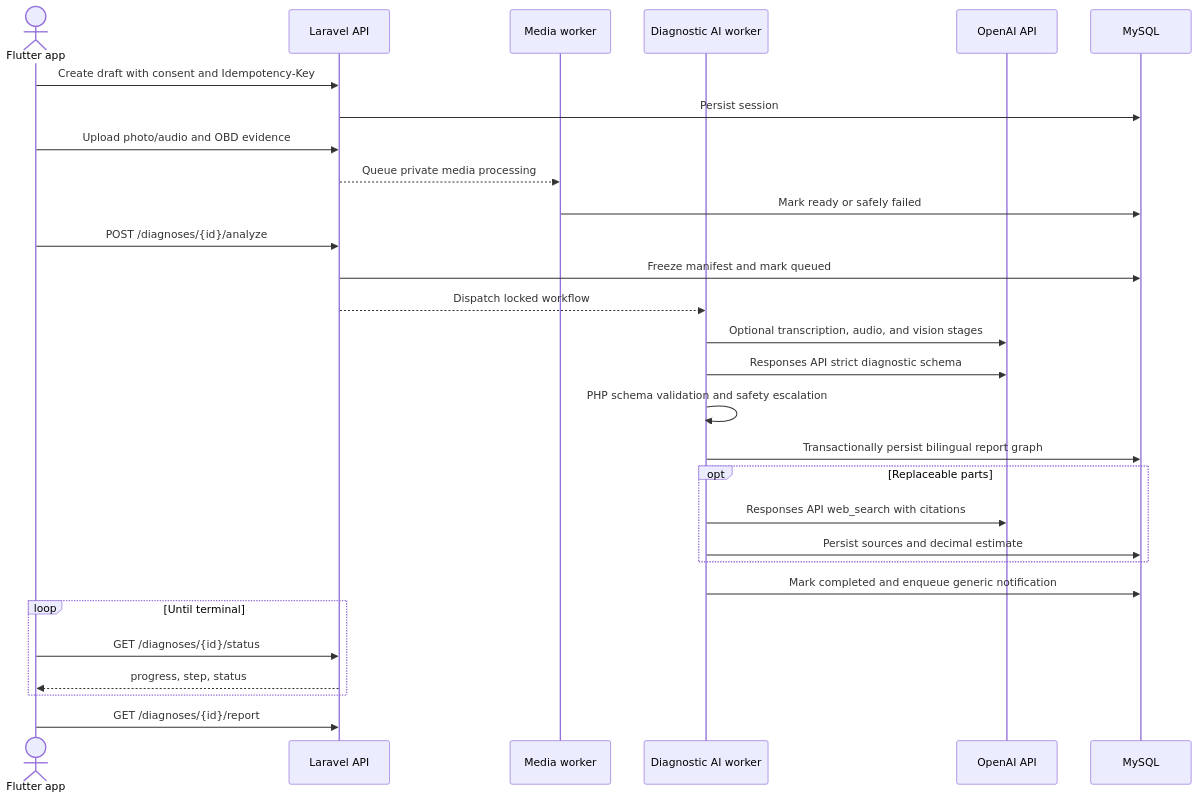
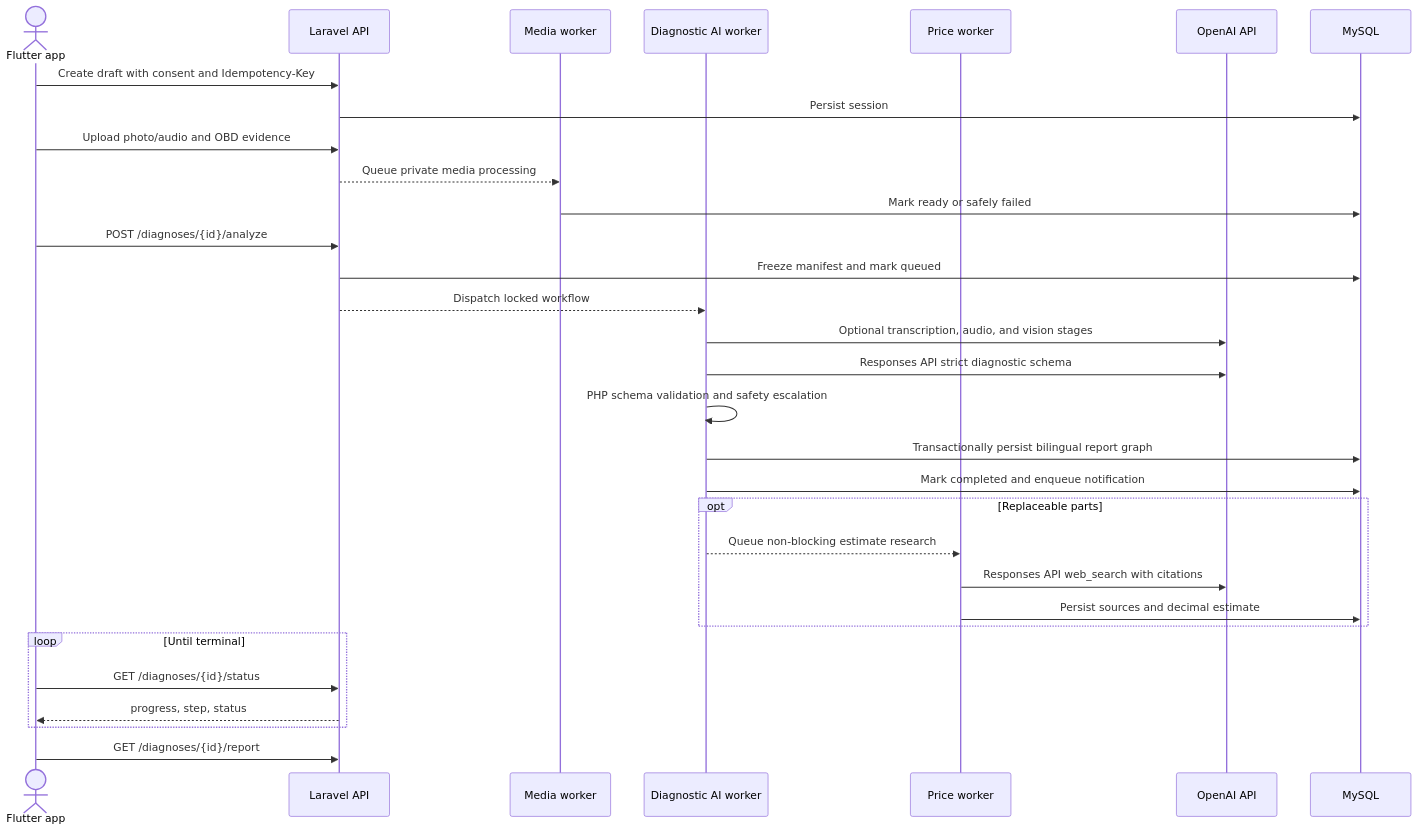
The second of 2 diagrams in docs/architecture.md (amirmohamed12195-hub/automind_backend), drawn with Mermaid before and after one commit. The commit also changed other lines of this file and 27 other files, not shown here.

````diff
--- a/docs/architecture.md
+++ b/docs/architecture.md
@@ -54,31 +54,33 @@
 ```mermaid
 sequenceDiagram
     actor App as Flutter app
     participant API as Laravel API
     participant Media as Media worker
     participant AI as Diagnostic AI worker
+    participant Price as Price worker
     participant OA as OpenAI API
     participant DB as MySQL
     App->>API: Create draft with consent and Idempotency-Key
     API->>DB: Persist session
     App->>API: Upload photo/audio and OBD evidence
     API-->>Media: Queue private media processing
     Media->>DB: Mark ready or safely failed
     App->>API: POST /diagnoses/{id}/analyze
     API->>DB: Freeze manifest and mark queued
     API-->>AI: Dispatch locked workflow
     AI->>OA: Optional transcription, audio, and vision stages
     AI->>OA: Responses API strict diagnostic schema
     AI->>AI: PHP schema validation and safety escalation
     AI->>DB: Transactionally persist bilingual report graph
+    AI->>DB: Mark completed and enqueue notification
     opt Replaceable parts
-        AI->>OA: Responses API web_search with citations
-        AI->>DB: Persist sources and decimal estimate
+        AI-->>Price: Queue non-blocking estimate research
+        Price->>OA: Responses API web_search with citations
+        Price->>DB: Persist sources and decimal estimate
     end
-    AI->>DB: Mark completed and enqueue generic notification
     loop Until terminal
         App->>API: GET /diagnoses/{id}/status
         API-->>App: progress, step, status
     end
     App->>API: GET /diagnoses/{id}/report
 ```
````
